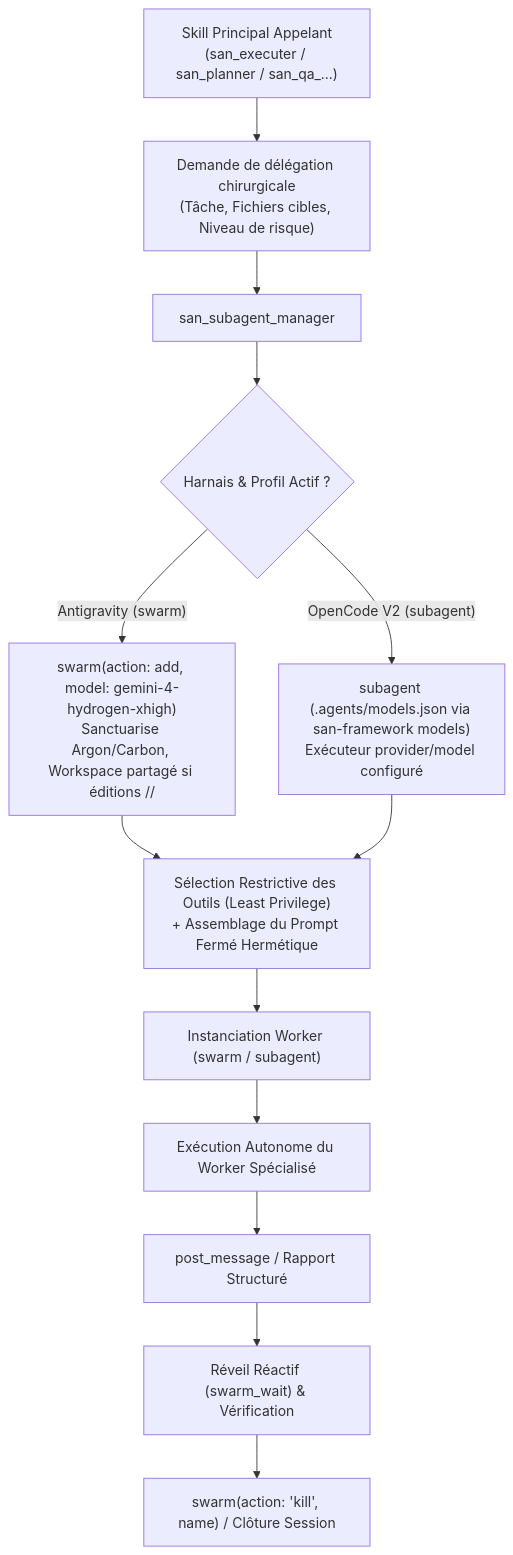
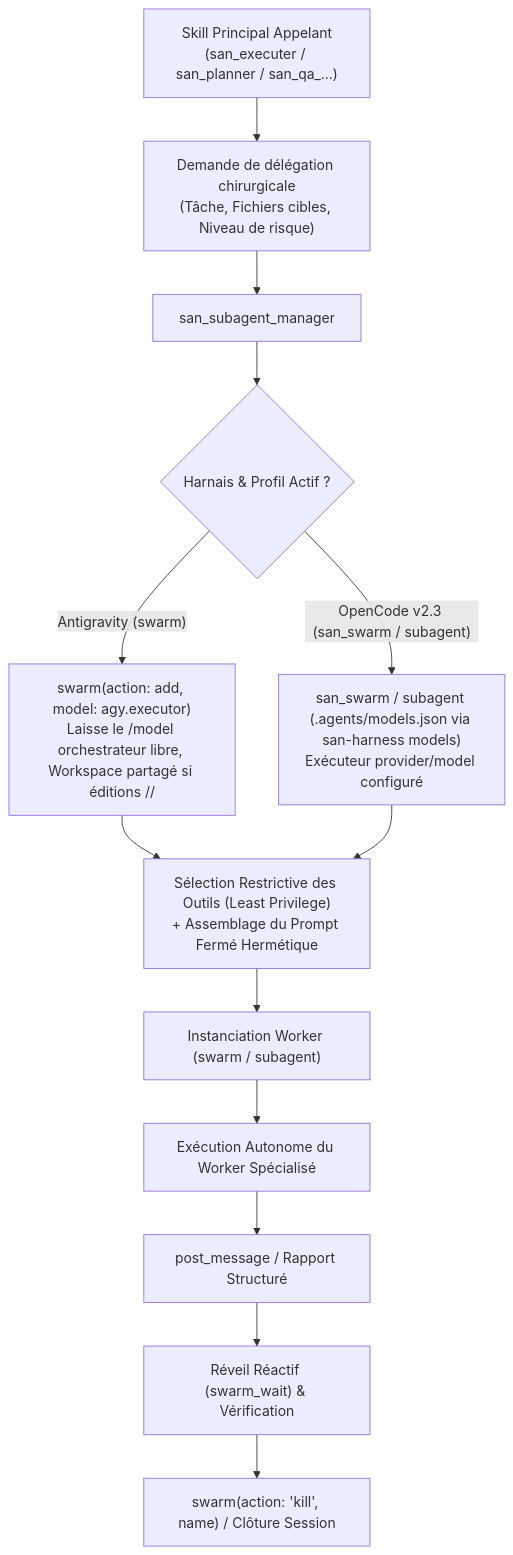
One commit to alexsan-dev/san_agy_framework changed the first of 3 diagrams in sub-skills/san_subagent_manager.md. Above: the diagram before and after it, drawn with Mermaid. The commit also changed other lines of this file and 32 other files, not shown here.

Commit message:
feat(v3.0.0): rebrand to san_ai_harness, decouple models, add OpenCode Swarm Board plugin & replace cache/map with 120k compaction

````diff
--- a/sub-skills/san_subagent_manager.md
+++ b/sub-skills/san_subagent_manager.md
@@ -67,19 +67,19 @@
 ```mermaid
 flowchart TD
     ParentSkill["Skill Principal Appelant\n(san_executer / san_planner / san_qa_...)"] --> Req["Demande de délégation chirurgicale\n(Tâche, Fichiers cibles, Niveau de risque)"]
     
     Req --> Manager["san_subagent_manager"]
     
     Manager --> ModelDecision{"Harnais & Profil Actif ?"}
-    ModelDecision -->|"Antigravity (swarm)"| RouteSwarm["swarm(action: add, model: gemini-4-hydrogen-xhigh)\nSanctuarise Argon/Carbon, Workspace partagé si éditions //"]
-    ModelDecision -->|"OpenCode V2 (subagent)"| RouteOpenCode["subagent (.agents/models.json via san-framework models)\nExécuteur provider/model configuré"]
+    ModelDecision -->|"Antigravity (swarm)"| RouteSwarm["swarm(action: add, model: agy.executor)\nLaisse le /model orchestrateur libre, Workspace partagé si éditions //"]
+    ModelDecision -->|"OpenCode v2.3 (san_swarm / subagent)"| RouteOpenCode["san_swarm / subagent (.agents/models.json via san-harness models)\nExécuteur provider/model configuré"]
     
     RouteSwarm --> Sandbox["Sélection Restrictive des Outils (Least Privilege)\n+ Assemblage du Prompt Fermé Hermétique"]
     RouteOpenCode --> Sandbox
     
     Sandbox --> Launch["Instanciation Worker (swarm / subagent)"]
     Launch --> Execution["Exécution Autonome du Worker Spécialisé"]
     Execution --> Report["post_message / Rapport Structuré"]
     Report --> Wakeup["Réveil Réactif (swarm_wait) & Vérification"]
     Wakeup --> Cleanup["swarm(action: 'kill', name) / Clôture Session"]
 ```
````
